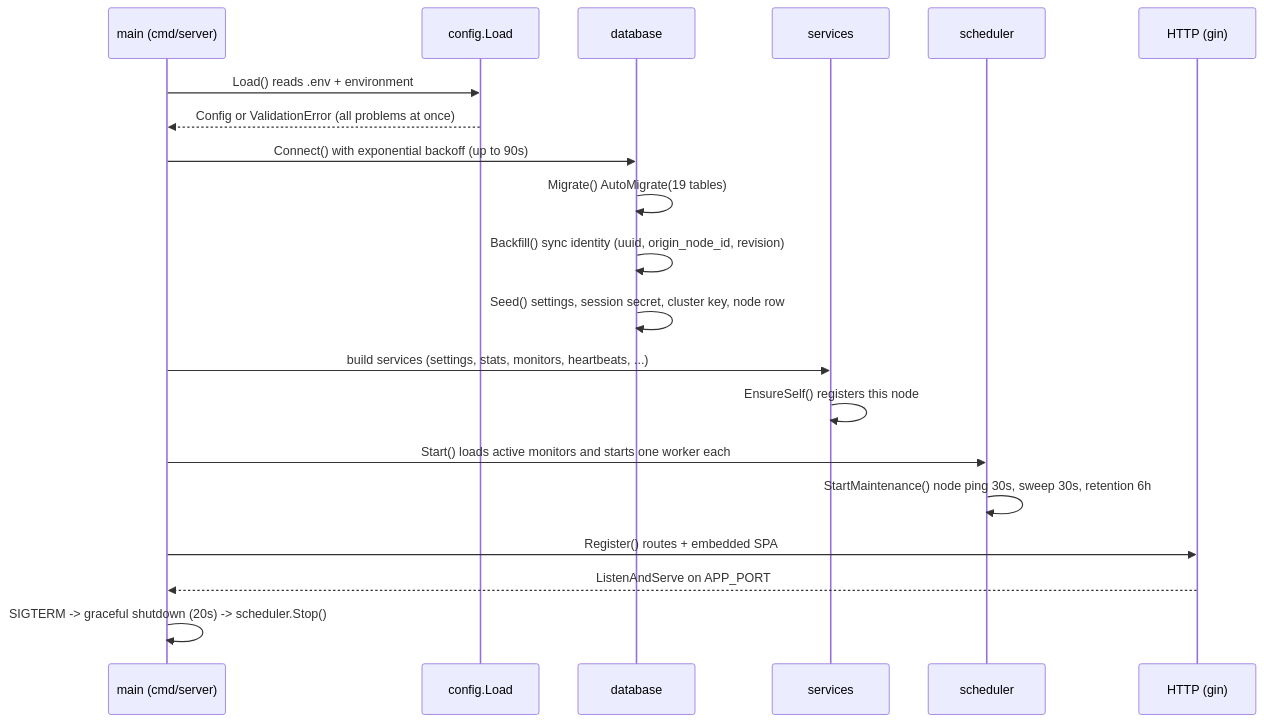
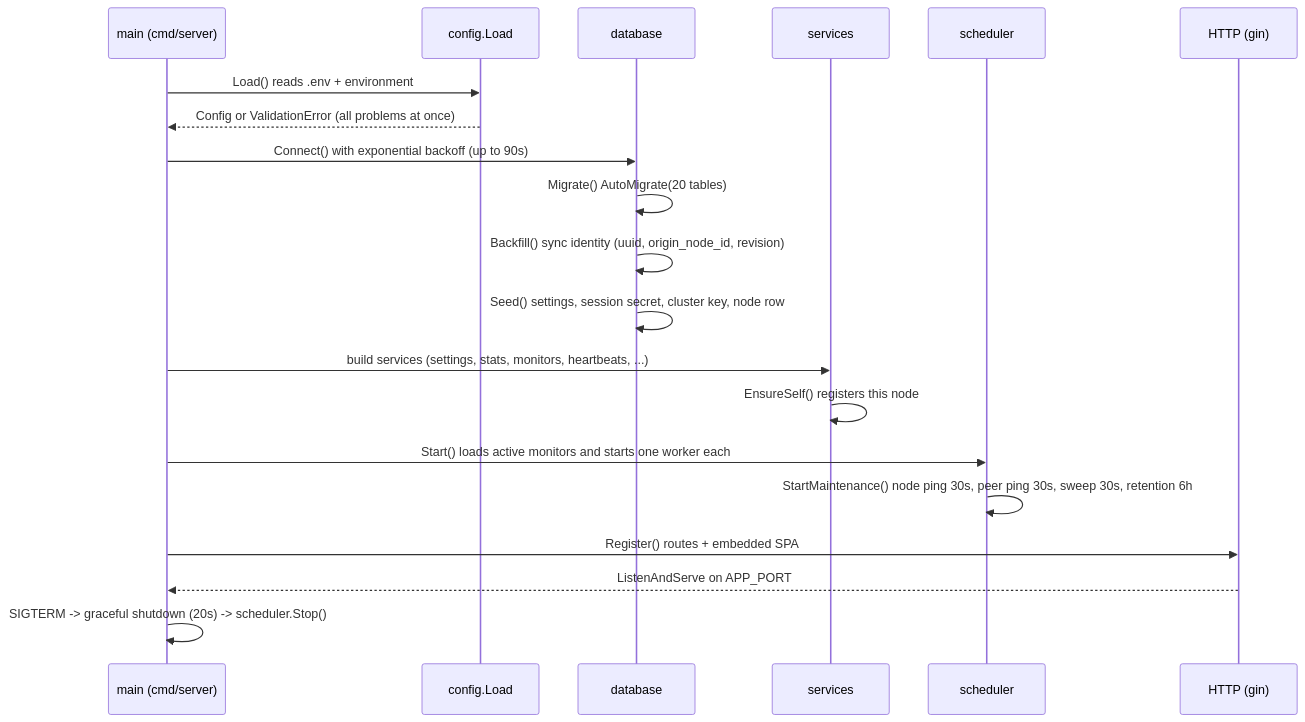
The first of 3 diagrams in docs/architecture.md (ivancarlosti/up), drawn with Mermaid before and after one commit. The commit also changed other lines of this file and 25 other files, not shown here.

````diff
--- a/docs/architecture.md
+++ b/docs/architecture.md
@@ -58,23 +58,23 @@
 ```mermaid
 sequenceDiagram
     participant M as main (cmd/server)
     participant C as config.Load
     participant D as database
     participant A as services
     participant S as scheduler
     participant H as HTTP (gin)
 
     M->>C: Load() reads .env + environment
     C-->>M: Config or ValidationError (all problems at once)
     M->>D: Connect() with exponential backoff (up to 90s)
-    D->>D: Migrate() AutoMigrate(19 tables)
+    D->>D: Migrate() AutoMigrate(20 tables)
     D->>D: Backfill() sync identity (uuid, origin_node_id, revision)
     D->>D: Seed() settings, session secret, cluster key, node row
     M->>A: build services (settings, stats, monitors, heartbeats, ...)
     A->>A: EnsureSelf() registers this node
     M->>S: Start() loads active monitors and starts one worker each
-    S->>S: StartMaintenance() node ping 30s, sweep 30s, retention 6h
+    S->>S: StartMaintenance() node ping 30s, peer ping 30s, sweep 30s, retention 6h
     M->>H: Register() routes + embedded SPA
     H-->>M: ListenAndServe on APP_PORT
     M->>M: SIGTERM -> graceful shutdown (20s) -> scheduler.Stop()
 ```
````
